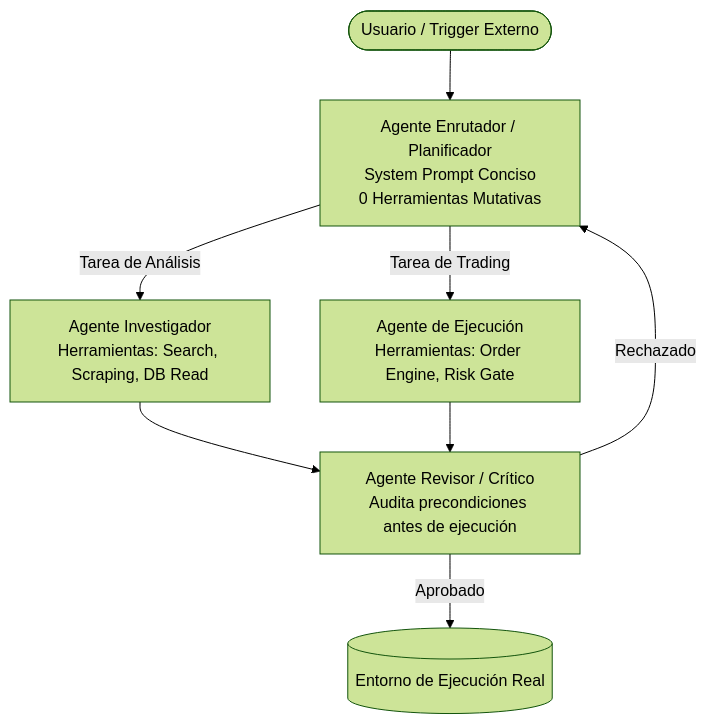
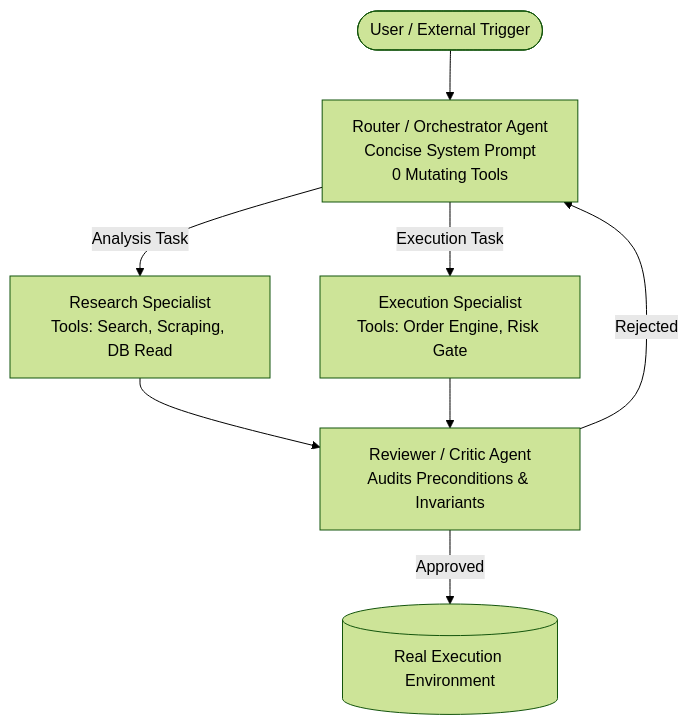
The third of 3 diagrams in docs/agent_prompt_engineering_guide.md (IgnacioN99/autonomous-trading-desk), drawn with Mermaid (forest theme) before and after one commit. The commit also changed other lines of this file and 35 other files, not shown here.

````diff
--- a/docs/agent_prompt_engineering_guide.md
+++ b/docs/agent_prompt_engineering_guide.md
@@ -832,10 +805,10 @@
 ```mermaid
 graph TD
-    User([Usuario / Trigger Externo]) --> Router[Agente Enrutador / Planificador<br/>System Prompt Conciso<br/>0 Herramientas Mutativas]
-    Router -->|Tarea de Análisis| SpecialistA[Agente Investigador<br/>Herramientas: Search, Scraping, DB Read]
-    Router -->|Tarea de Trading| SpecialistB[Agente de Ejecución<br/>Herramientas: Order Engine, Risk Gate]
-    SpecialistA --> Auditor[Agente Revisor / Crítico<br/>Audita precondiciones antes de ejecución]
+    User([User / External Trigger]) --> Router[Router / Orchestrator Agent<br/>Concise System Prompt<br/>0 Mutating Tools]
+    Router -->|Analysis Task| SpecialistA[Research Specialist<br/>Tools: Search, Scraping, DB Read]
+    Router -->|Execution Task| SpecialistB[Execution Specialist<br/>Tools: Order Engine, Risk Gate]
+    SpecialistA --> Auditor[Reviewer / Critic Agent<br/>Audits Preconditions & Invariants]
     SpecialistB --> Auditor
-    Auditor -->|Aprobado| Execution[(Entorno de Ejecución Real)]
-    Auditor -->|Rechazado| Router
+    Auditor -->|Approved| Execution[(Real Execution Environment)]
+    Auditor -->|Rejected| Router
 ```
````
